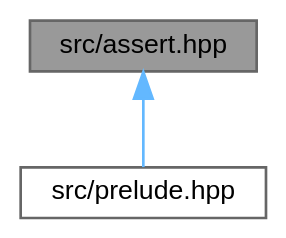
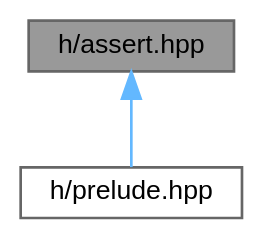
One commit to ekmett/ein changed the diagram in db/dd9/assert_8hpp__dep__incl.dot. Above: the diagram before and after it, drawn with Graphviz. The commit also changed 135 other files, not shown here.

```diff
--- a/db/dd9/assert_8hpp__dep__incl.dot
+++ b/db/dd9/assert_8hpp__dep__incl.dot
@@ -1,10 +1,10 @@
-digraph "src/assert.hpp"
+digraph "h/assert.hpp"
 {
  // LATEX_PDF_SIZE
   bgcolor="transparent";
   edge [fontname=Helvetica,fontsize=10,labelfontname=Helvetica,labelfontsize=10];
   node [fontname=Helvetica,fontsize=10,shape=box,height=0.2,width=0.4];
-  Node1 [id="Node000001",label="src/assert.hpp",height=0.2,width=0.4,color="gray40", fillcolor="grey60", style="filled", fontcolor="black",tooltip="assert even during release"];
+  Node1 [id="Node000001",label="h/assert.hpp",height=0.2,width=0.4,color="gray40", fillcolor="grey60", style="filled", fontcolor="black",tooltip="assert even during release"];
   Node1 -> Node2 [id="edge1_Node000001_Node000002",dir="back",color="steelblue1",style="solid",tooltip=" "];
-  Node2 [id="Node000002",label="src/prelude.hpp",height=0.2,width=0.4,color="grey40", fillcolor="white", style="filled",URL="$de/d13/prelude_8hpp.html",tooltip="precompiled header"];
+  Node2 [id="Node000002",label="h/prelude.hpp",height=0.2,width=0.4,color="grey40", fillcolor="white", style="filled",URL="$de/d13/prelude_8hpp.html",tooltip="precompiled header"];
 }
```
